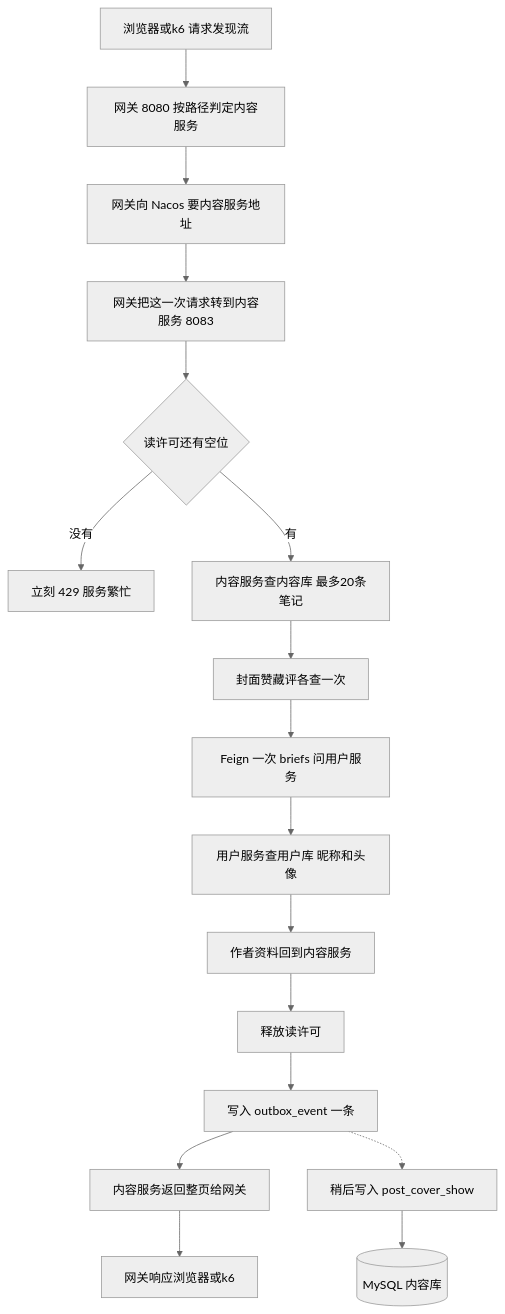
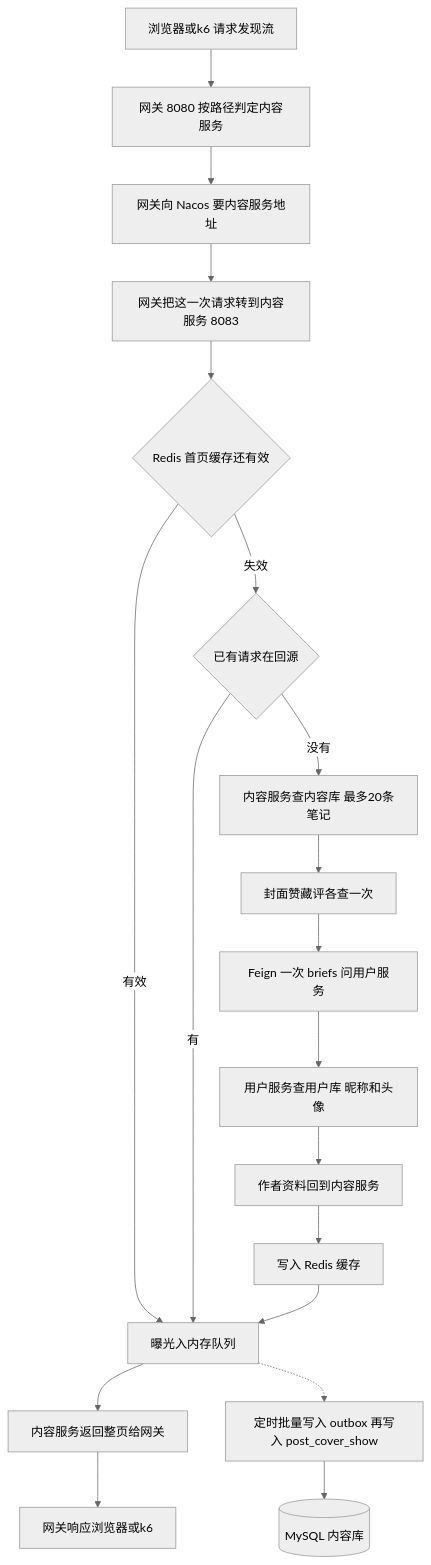
Diagram 14 of 16 in agi-work-space/src/content/engineering/tech/diagrams.md (Yangleduo00337788/OnePage), drawn with Mermaid (neutral theme) before and after one commit. The commit also changed other lines of this file and 42 other files, not shown here.

````diff
--- a/agi-work-space/src/content/engineering/tech/diagrams.md
+++ b/agi-work-space/src/content/engineering/tech/diagrams.md
@@ -384,19 +384,21 @@
 ```mermaid
 flowchart TD
   A["浏览器或k6 请求发现流"] --> B["网关 8080 按路径判定内容服务"]
   B --> C["网关向 Nacos 要内容服务地址"]
   C --> D["网关把这一次请求转到内容服务 8083"]
-  D --> P{"读许可还有空位"}
-  P -->|没有| Q["立刻 429 服务繁忙"]
-  P -->|有| E["内容服务查内容库 最多20条笔记"]
+  D --> P{"Redis 首页缓存还有效"}
+  P -->|有效| S["曝光入内存队列"]
+  S --> J["内容服务返回整页给网关"]
+  P -->|失效| Q{"已有请求在回源"}
+  Q -->|有| S
+  Q -->|没有| E["内容服务查内容库 最多20条笔记"]
   E --> F["封面赞藏评各查一次"]
   F --> G["Feign 一次 briefs 问用户服务"]
   G --> H["用户服务查用户库 昵称和头像"]
   H --> I["作者资料回到内容服务"]
-  I --> R["释放读许可"]
-  R --> L["写入 outbox_event 一条"]
-  L --> J["内容服务返回整页给网关"]
+  I --> L["写入 Redis 缓存"]
+  L --> S
   J --> K["网关响应浏览器或k6"]
-  L -.-> M["稍后写入 post_cover_show"]
+  S -.-> M["定时批量写入 outbox 再写入 post_cover_show"]
   M --> N[("MySQL 内容库")]
 ```
````
